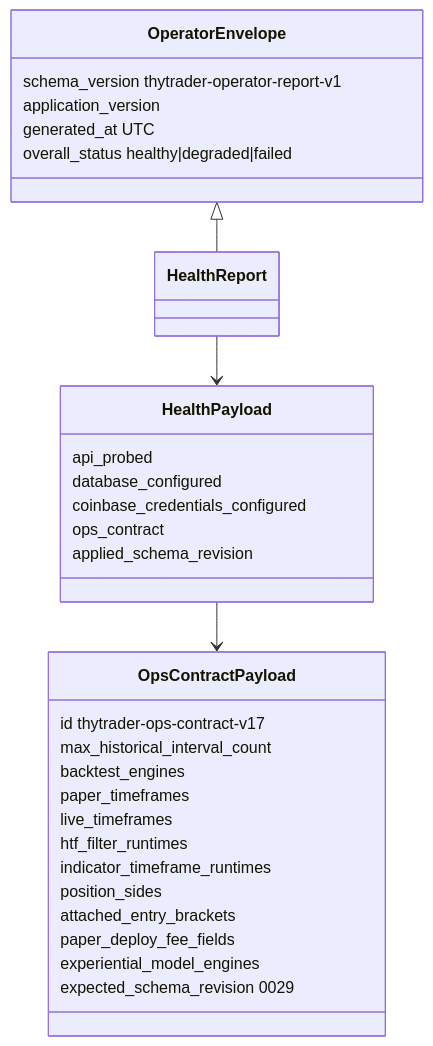
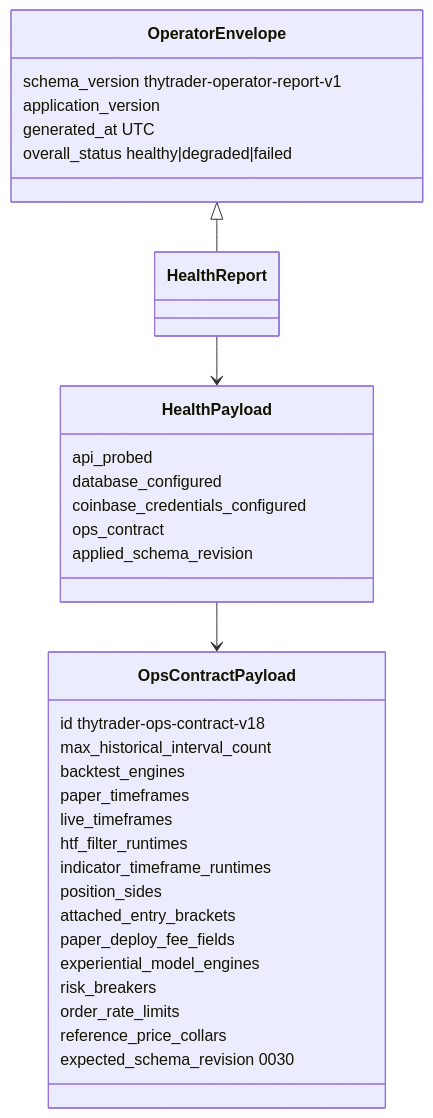
The first of 2 diagrams in docs/architecture/contracts/ops-contract.md (Zoltesh/thytrader), drawn with Mermaid before and after one commit. The commit also changed other lines of this file and 40 other files, not shown here.

First line of the commit message:
feat(risk): daily-loss, drawdown, rate limits, and collars

````diff
--- a/docs/architecture/contracts/ops-contract.md
+++ b/docs/architecture/contracts/ops-contract.md
@@ -27,33 +30,36 @@
 ```mermaid
 classDiagram
   class OpsContractPayload {
-    id thytrader-ops-contract-v17
+    id thytrader-ops-contract-v18
     max_historical_interval_count
     backtest_engines
     paper_timeframes
     live_timeframes
     htf_filter_runtimes
     indicator_timeframe_runtimes
     position_sides
     attached_entry_brackets
     paper_deploy_fee_fields
     experiential_model_engines
-    expected_schema_revision 0029
+    risk_breakers
+    order_rate_limits
+    reference_price_collars
+    expected_schema_revision 0030
   }
   class HealthPayload {
     api_probed
     database_configured
     coinbase_credentials_configured
     ops_contract
     applied_schema_revision
   }
   class OperatorEnvelope {
     schema_version thytrader-operator-report-v1
     application_version
     generated_at UTC
     overall_status healthy|degraded|failed
   }
   HealthPayload --> OpsContractPayload
   OperatorEnvelope <|-- HealthReport
   HealthReport --> HealthPayload
 ```
````
